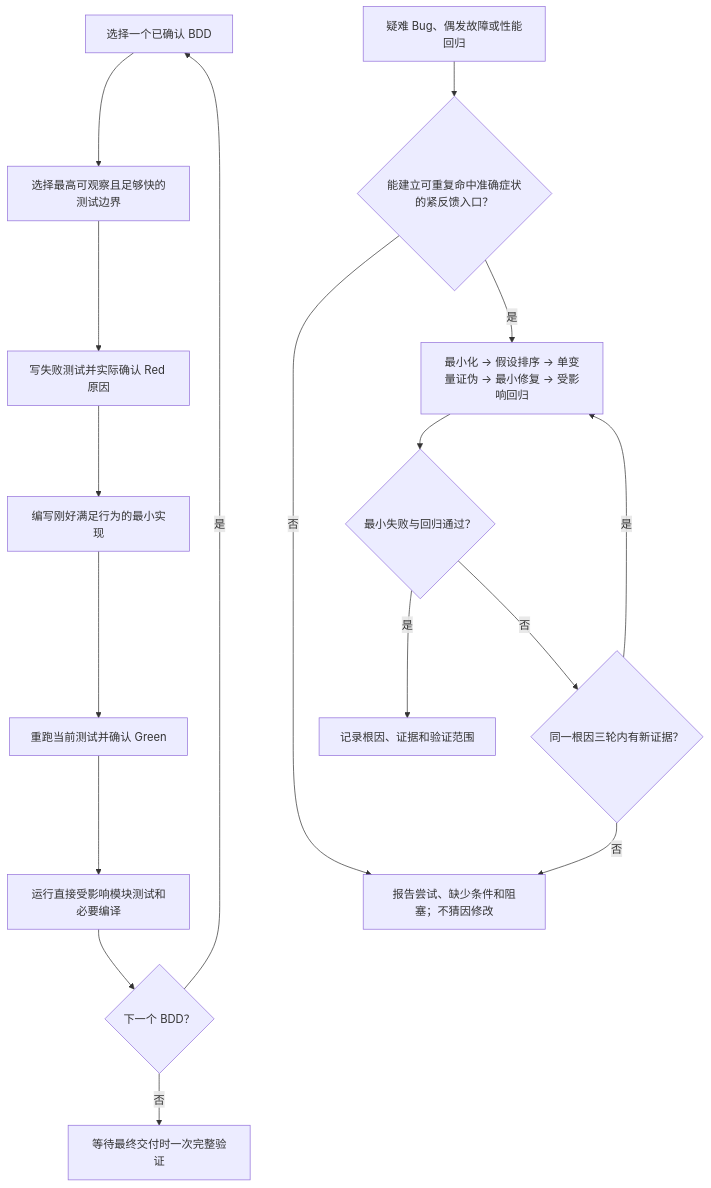
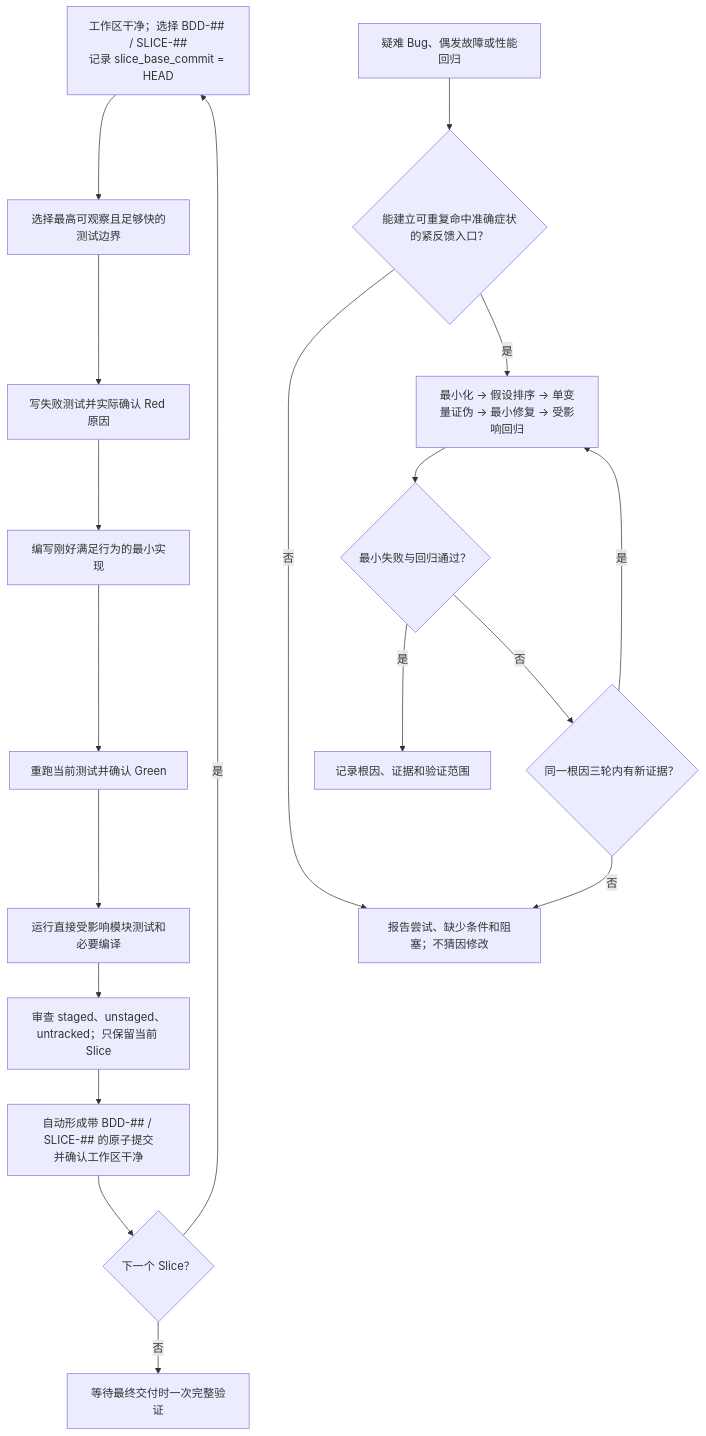
The fifth of 11 diagrams in docs/FLOW_DIAGRAMS.md (yejuntian/android-delivery-skills), drawn with Mermaid before and after one commit. The commit also changed other lines of this file and 7 other files, not shown here.

````diff
--- a/docs/FLOW_DIAGRAMS.md
+++ b/docs/FLOW_DIAGRAMS.md
@@ -144,20 +145,22 @@
 ```mermaid
 flowchart TD
-    BDD["选择一个已确认 BDD"] --> BOUNDARY["选择最高可观察且足够快的测试边界"]
+    BDD["工作区干净；选择 BDD-## / SLICE-##<br/>记录 slice_base_commit = HEAD"] --> BOUNDARY["选择最高可观察且足够快的测试边界"]
     BOUNDARY --> RED["写失败测试并实际确认 Red 原因"]
     RED --> MIN["编写刚好满足行为的最小实现"]
     MIN --> GREEN["重跑当前测试并确认 Green"]
     GREEN --> IMPACT["运行直接受影响模块测试和必要编译"]
-    IMPACT --> NEXT{"下一个 BDD？"}
+    IMPACT --> SCOPE["审查 staged、unstaged、untracked；只保留当前 Slice"]
+    SCOPE --> CHECKPOINT["自动形成带 BDD-## / SLICE-## 的原子提交<br/>并确认工作区干净"]
+    CHECKPOINT --> NEXT{"下一个 Slice？"}
     NEXT -- "是" --> BDD
     NEXT -- "否" --> READY["等待最终交付时一次完整验证"]
 
     BUG["疑难 Bug、偶发故障或性能回归"] --> LOOP{"能建立可重复命中准确症状的紧反馈入口？"}
     LOOP -- "否" --> BLOCK["报告尝试、缺少条件和阻塞；不猜因修改"]
     LOOP -- "是" --> REPRO["最小化 -> 假设排序 -> 单变量证伪 -> 最小修复 -> 受影响回归"]
     REPRO --> PASS{"最小失败与回归通过？"}
     PASS -- "是" --> FIXED["记录根因、证据和验证范围"]
     PASS -- "否" --> PROGRESS{"同一根因三轮内有新证据？"}
     PROGRESS -- "是" --> REPRO
     PROGRESS -- "否" --> BLOCK
 ```
````
